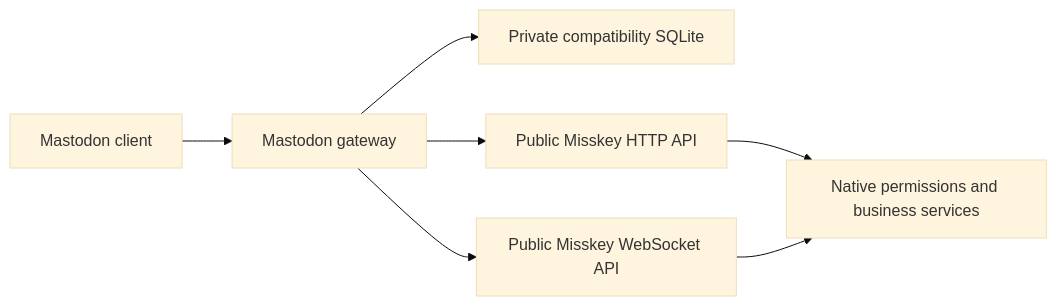
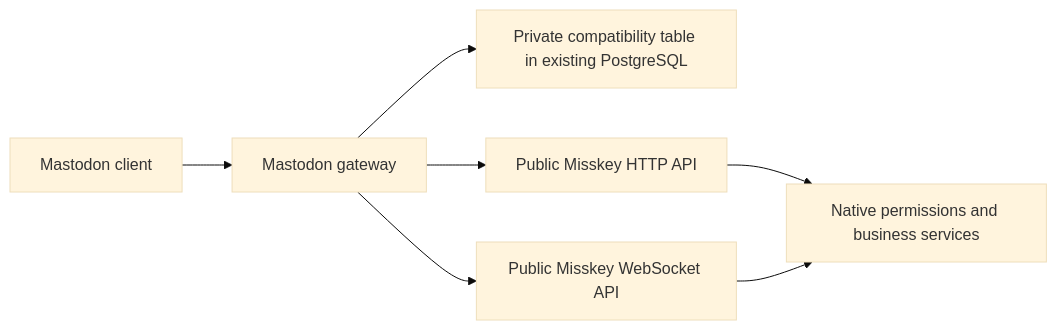
Before and after one commit to paricafe/misskey: the diagram in docs/mastodon-compatibility.md, drawn with Mermaid (base theme). The commit also changed other lines of this file and 42 other files, not shown here.

First line of the commit message:
fix(mastodon): persist compatibility state in PostgreSQL

````diff
--- a/docs/mastodon-compatibility.md
+++ b/docs/mastodon-compatibility.md
@@ -5,9 +5,9 @@
 ```mermaid
 flowchart LR
   Client[Mastodon client] --> Gateway[Mastodon gateway]
-  Gateway --> SQLite[Private compatibility SQLite]
+  Gateway --> PostgreSQL[Private compatibility table in existing PostgreSQL]
   Gateway --> HTTP[Public Misskey HTTP API]
   Gateway --> WS[Public Misskey WebSocket API]
   HTTP --> Native[Native permissions and business services]
   WS --> Native
 ```
````
